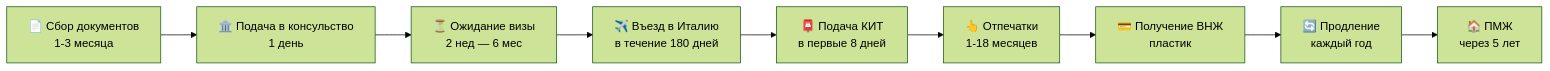
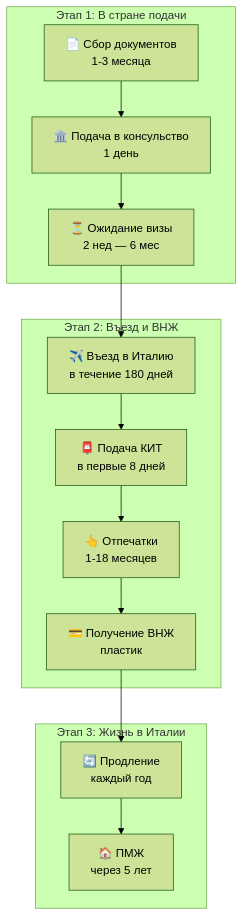
One commit to midnightdim/italian-dn-guide-ru changed the diagram in guide/00-overview.md. Above: the diagram before and after it, drawn with Mermaid (forest theme).

Commit message:
Improve Mermaid diagram layout in overview: change to TD graph with subgraphs

````diff
--- a/guide/00-overview.md
+++ b/guide/00-overview.md
@@ -38,11 +38,19 @@
 ```mermaid
-graph LR
+graph TD
+    subgraph "Этап 1: В стране подачи"
     A[📄 Сбор документов<br/>1-3 месяца] --> B[🏛️ Подача в консульство<br/>1 день]
     B --> C[⏳ Ожидание визы<br/>2 нед — 6 мес]
+    end
+
+    subgraph "Этап 2: Въезд и ВНЖ"
     C --> D[✈️ Въезд в Италию<br/>в течение 180 дней]
     D --> E[📮 Подача КИТ<br/>в первые 8 дней]
     E --> F[👆 Отпечатки<br/>1-18 месяцев]
     F --> G[💳 Получение ВНЖ<br/>пластик]
+    end
+
+    subgraph "Этап 3: Жизнь в Италии"
     G --> H[🔄 Продление<br/>каждый год]
     H --> I[🏠 ПМЖ<br/>через 5 лет]
+    end
 ```
````
